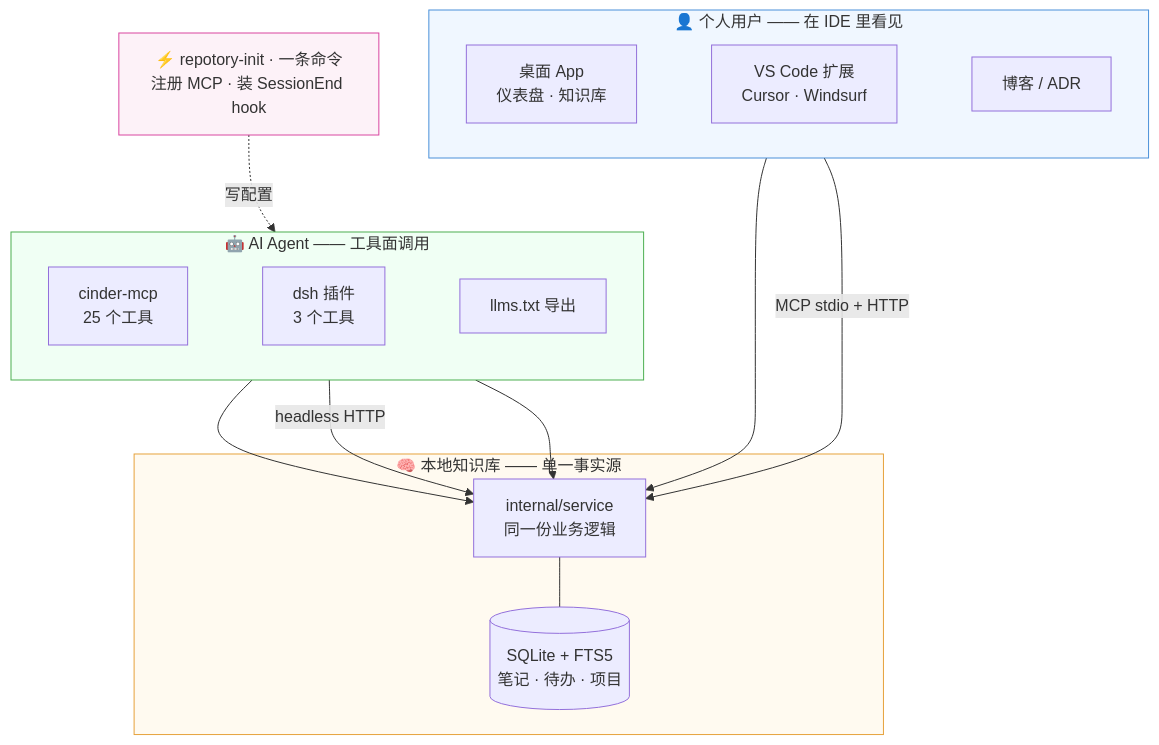
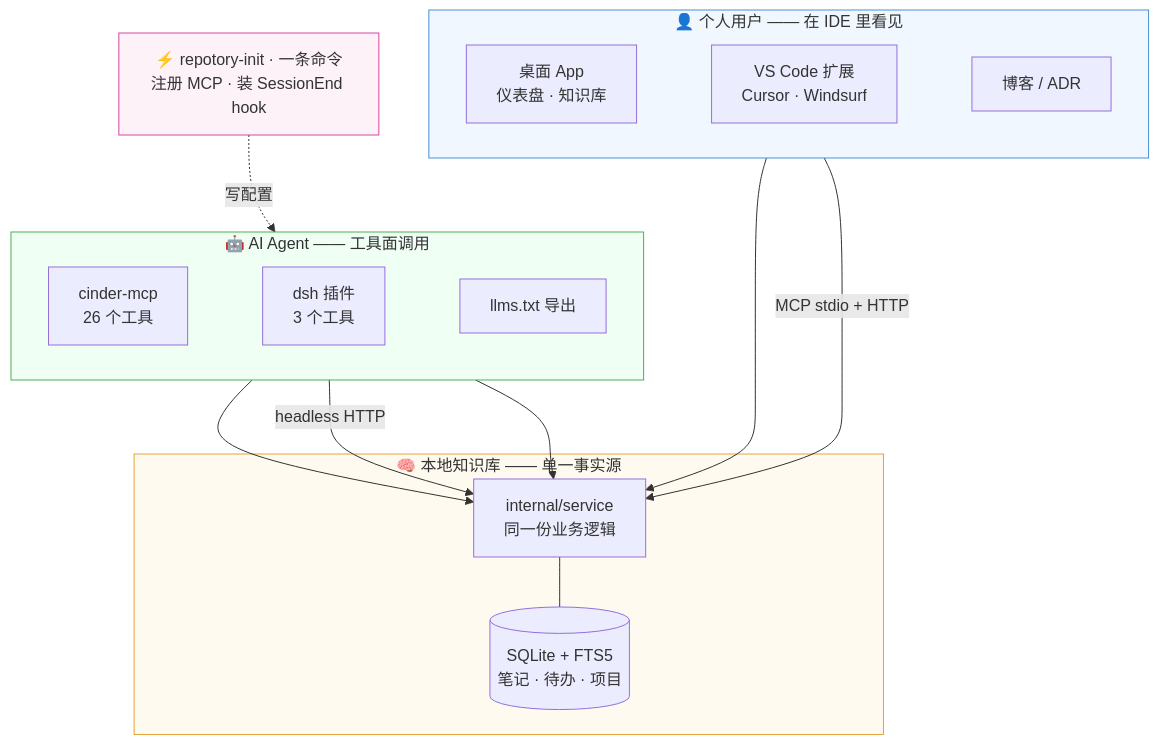
The third of 3 diagrams in docs/index.md (sky-jiangcheng/cinder), drawn with Mermaid before and after one commit. The commit also changed 15 other files, not shown here.

````diff
--- a/docs/index.md
+++ b/docs/index.md
@@ -75,37 +75,37 @@
 ```mermaid
 flowchart TB
     subgraph HUMAN["👤 个人用户 —— 在 IDE 里看见"]
         direction LR
         DESKTOP["桌面 App<br/>仪表盘 · 知识库"]
         VSCODE["VS Code 扩展<br/>Cursor · Windsurf"]
         BLOG["博客 / ADR"]
         DESKTOP ~~~ VSCODE ~~~ BLOG
     end
 
     subgraph AGENT["🤖 AI Agent —— 工具面调用"]
         direction LR
-        MCP["cinder-mcp<br/>25 个工具"]
+        MCP["cinder-mcp<br/>26 个工具"]
         DSH["dsh 插件<br/>3 个工具"]
         LLMSTXT["llms.txt 导出"]
         MCP ~~~ DSH ~~~ LLMSTXT
     end
 
     subgraph CORE["🧠 本地知识库 —— 单一事实源"]
         SERVICE["internal/service<br/>同一份业务逻辑"] --- DB[("SQLite + FTS5<br/>笔记 · 待办 · 项目")]
     end
 
     HUMAN ~~~ AGENT ~~~ CORE
     DESKTOP --> SERVICE
     VSCODE -->|"MCP stdio + HTTP"| SERVICE
     MCP --> SERVICE
     DSH -->|"headless HTTP"| SERVICE
     LLMSTXT --> SERVICE
 
     INIT["⚡ repotory-init · 一条命令<br/>注册 MCP · 装 SessionEnd hook"]
     INIT -.->|"写配置"| MCP
 
     style HUMAN fill:#f0f7ff,stroke:#4a90d9
     style AGENT fill:#f0fff4,stroke:#4caf50
     style CORE fill:#fffaf0,stroke:#e6a23c
     style INIT fill:#fdf2f8,stroke:#d946a0
 ```
````
